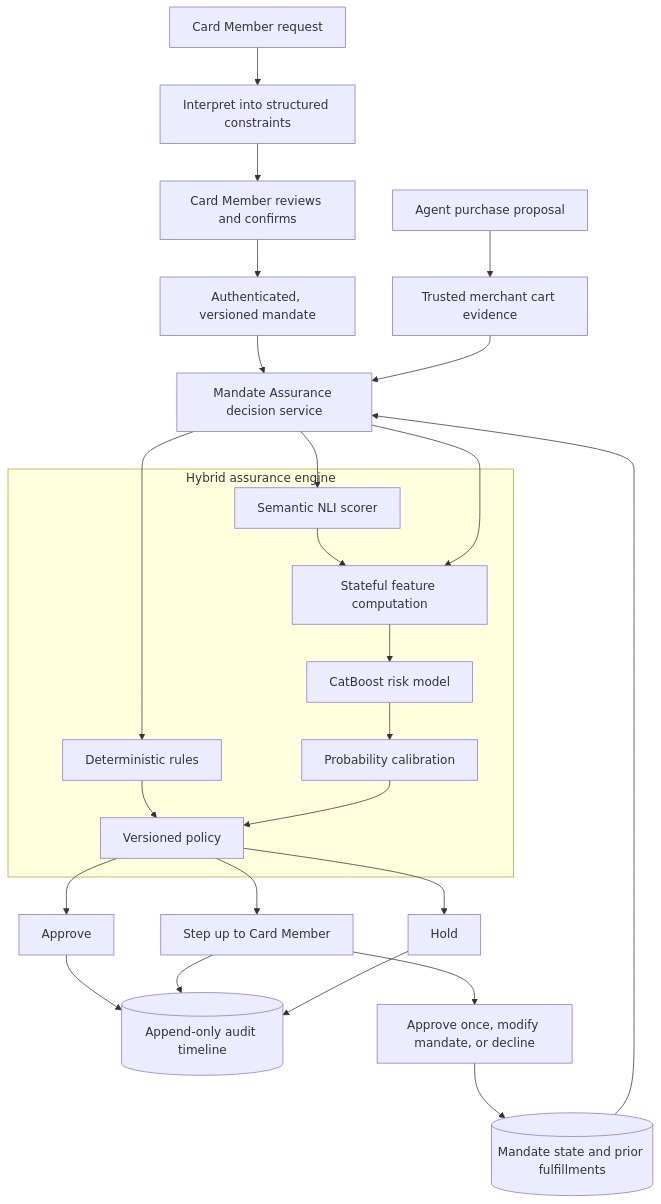
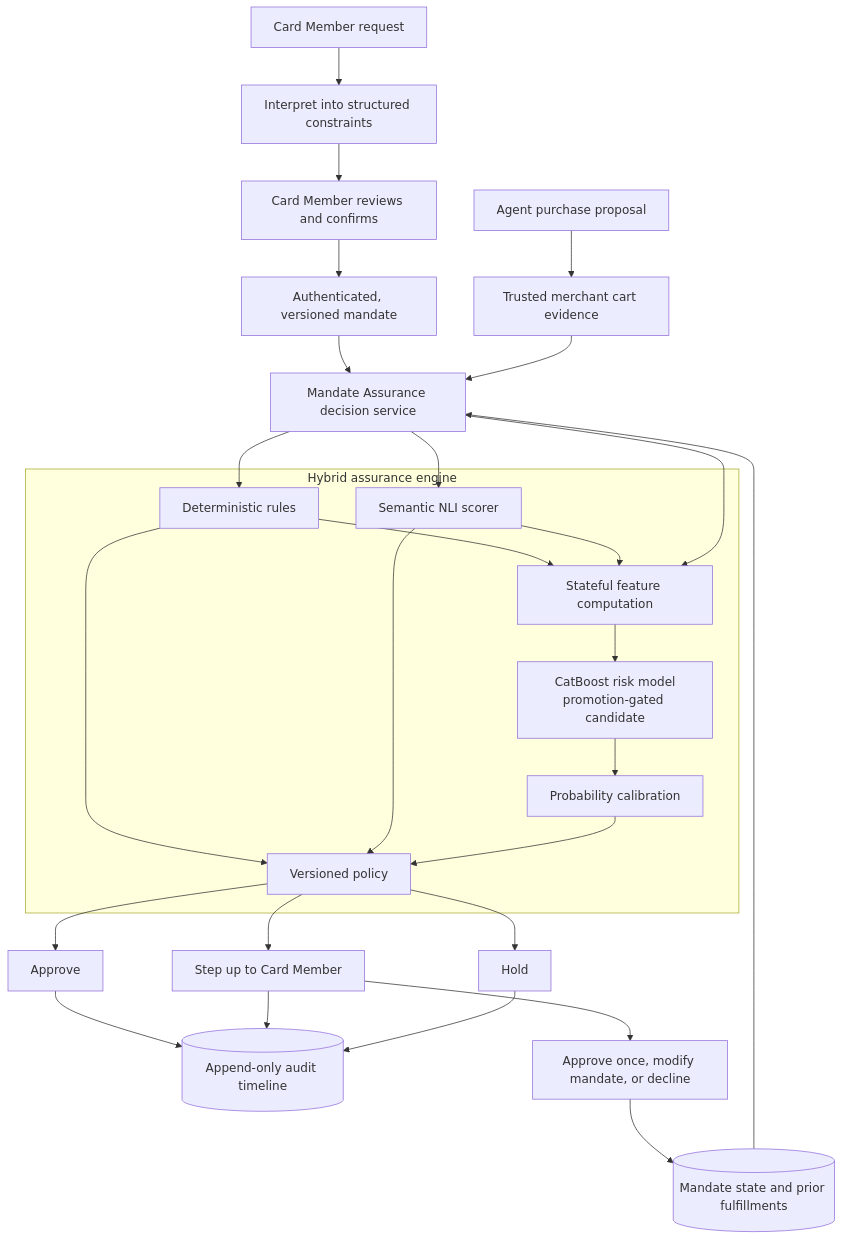
One commit to Aaryan126/AMEX_Mandate_Assurance changed the diagram in README.md. Above: the diagram before and after it, drawn with Mermaid. The commit also changed other lines of this file and 1 other file, not shown here.

````diff
--- a/README.md
+++ b/README.md
@@ -70,38 +72,40 @@
 ```mermaid
 flowchart TD
     CM[Card Member request] --> INTERPRET[Interpret into structured constraints]
     INTERPRET --> CONFIRM[Card Member reviews and confirms]
     CONFIRM --> MANDATE[Authenticated, versioned mandate]
 
     AGENT[Agent purchase proposal] --> CART[Trusted merchant cart evidence]
     MANDATE --> DECISION[Mandate Assurance decision service]
     CART --> DECISION
     STATE[(Mandate state and prior fulfillments)] --> DECISION
 
     subgraph ENGINE[Hybrid assurance engine]
         RULES[Deterministic rules]
         NLI[Semantic NLI scorer]
         FEATURES[Stateful feature computation]
-        CAT[CatBoost risk model]
+        CAT[CatBoost risk model<br/>promotion-gated candidate]
         CAL[Probability calibration]
         POLICY[Versioned policy]
         RULES --> POLICY
+        RULES --> FEATURES
+        NLI --> POLICY
         NLI --> FEATURES
         FEATURES --> CAT
         CAT --> CAL
         CAL --> POLICY
     end
 
     DECISION --> RULES
     DECISION --> NLI
     DECISION --> FEATURES
     POLICY --> APPROVE[Approve]
     POLICY --> STEPUP[Step up to Card Member]
     POLICY --> HOLD[Hold]
 
     APPROVE --> AUDIT[(Append-only audit timeline)]
     STEPUP --> AUDIT
     HOLD --> AUDIT
     STEPUP --> RESOLVE[Approve once, modify mandate, or decline]
     RESOLVE --> STATE
 ```
````
